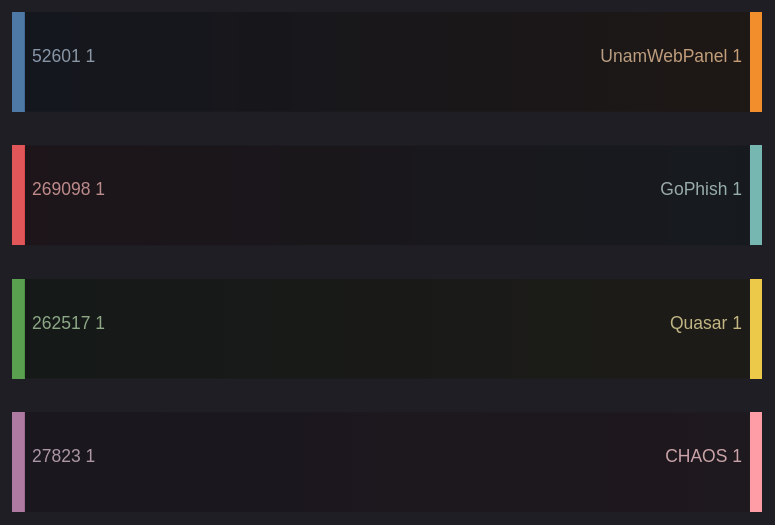
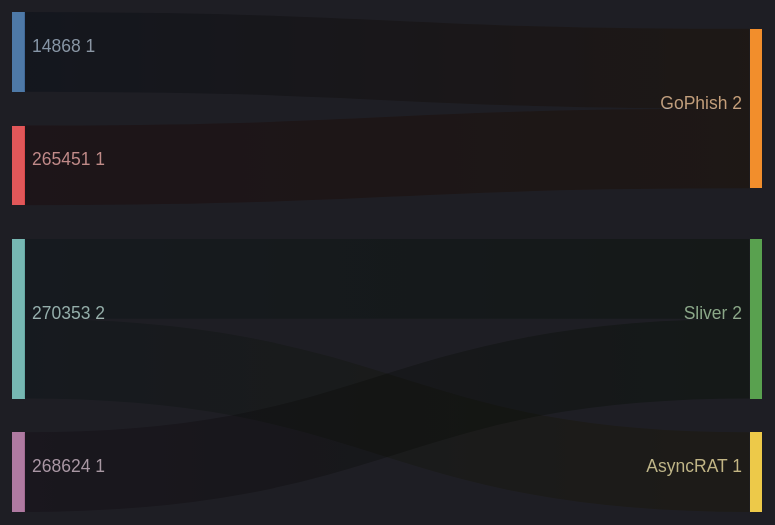
Before and after one commit to ZoqueLabs/website: the seventh of 7 diagrams in zolim.md, drawn with Mermaid. The commit also changed other lines of this file, not shown here.

````diff
--- a/zolim.md
+++ b/zolim.md
@@ -233,12 +221,13 @@
 ```mermaid
 ---
 config:
   theme: dark
 ---
 %% Δ ASN → Threat (new edges)
 sankey-beta
-  52601,UnamWebPanel,1
-  269098,GoPhish,1
-  262517,Quasar,1
-  27823,CHAOS,1
+  14868,GoPhish,1
+  265451,GoPhish,1
+  270353,Sliver,1
+  270353,AsyncRAT,1
+  268624,Sliver,1
 ```
````
